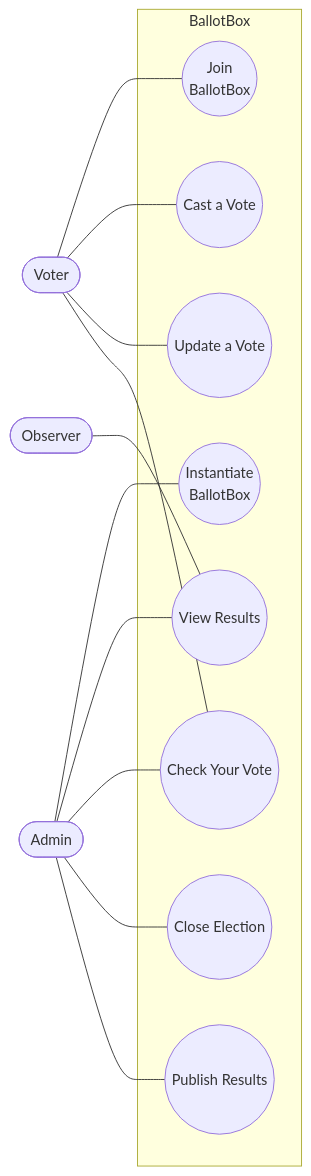
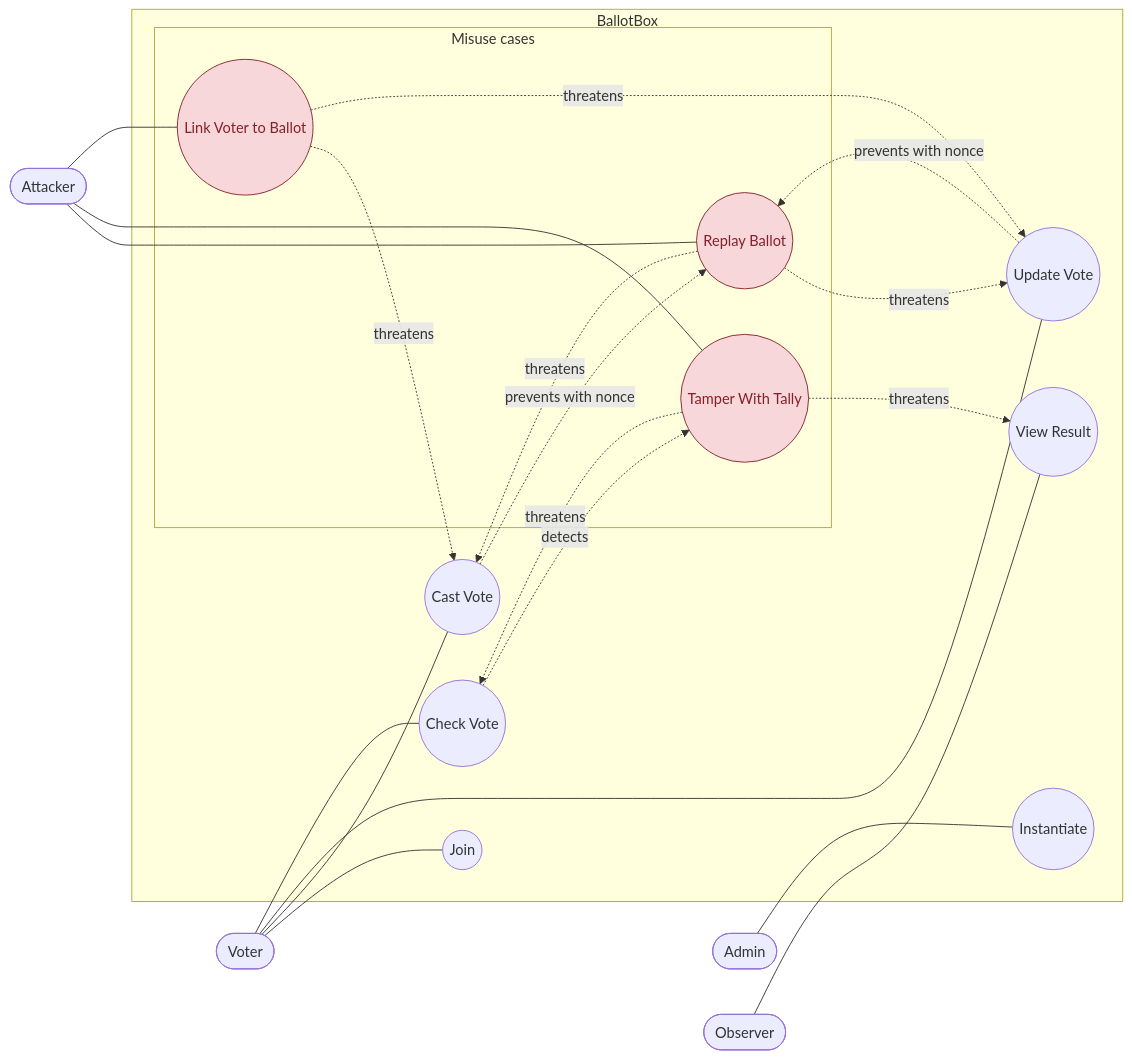
The first of 8 diagrams in README.md (JediNakDev/ballotbox), drawn with Mermaid before and after one commit. The commit also changed other lines of this file and 1 other file, not shown here.

````diff
--- a/README.md
+++ b/README.md
@@ -50,28 +13,40 @@
 ```mermaid
 flowchart LR
-    Admin([Admin])
-    Voter([Voter])
-    Observer([Observer])
-
-    subgraph BB["BallotBox"]
-        UC1((Instantiate<br/>BallotBox))
-        UC2((Join<br/>BallotBox))
-        UC3((Cast a Vote))
-        UC4((Update a Vote))
-        UC5((View Results))
-        UC6((Check Your Vote))
-        UC7((Close Election))
-        UC8((Publish Results))
-    end
-
-    Admin --- UC1
-    Admin --- UC5
-    Admin --- UC6
-    Admin --- UC7
-    Admin --- UC8
-    Voter --- UC2
-    Voter --- UC3
-    Voter --- UC4
-    Voter --- UC6
-    Observer --- UC5
+Admin([Admin])
+Voter([Voter])
+Observer([Observer])
+Attacker([Attacker])
+subgraph BB[BallotBox]
+UC1((Instantiate))
+UC2((Join))
+UC3((Cast Vote))
+UC4((Update Vote))
+UC5((View Result))
+UC6((Check Vote))
+subgraph Misuse[Misuse cases]
+MU1((Replay Ballot))
+MU2((Tamper With Tally))
+MU3((Link Voter to Ballot))
+end
+end
+Admin --- UC1
+Voter --- UC2
+Voter --- UC3
+Voter --- UC4
+Voter --- UC6
+Observer --- UC5
+Attacker --- MU1
+Attacker --- MU2
+Attacker --- MU3
+MU1 -. threatens .-> UC3
+MU1 -. threatens .-> UC4
+MU2 -. threatens .-> UC5
+MU2 -. threatens .-> UC6
+MU3 -. threatens .-> UC3
+MU3 -. threatens .-> UC4
+UC3 -. prevents with nonce .-> MU1
+UC4 -. prevents with nonce .-> MU1
+UC6 -. detects .-> MU2
+classDef misuse fill:#f8d7da,stroke:#842029,color:#842029
+class MU1,MU2,MU3 misuse
 ```
````
